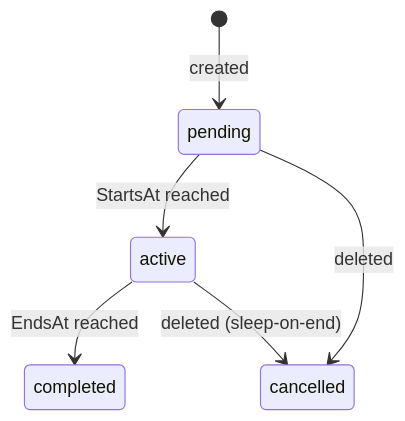
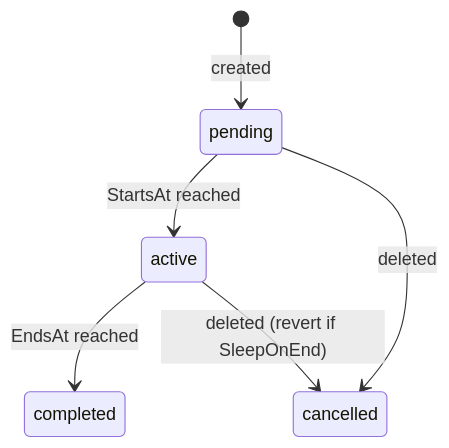
The third of 3 diagrams in docs/backend-dev-guide.md (MacXsimilian/kube-phoenix), drawn with Mermaid before and after one commit. The commit also changed other lines of this file and 3 other files, not shown here.

````diff
--- a/docs/backend-dev-guide.md
+++ b/docs/backend-dev-guide.md
@@ -667,8 +668,8 @@
 ```mermaid
 stateDiagram-v2
     [*] --> pending: created
     pending --> active: StartsAt reached
     active --> completed: EndsAt reached
     pending --> cancelled: deleted
-    active --> cancelled: deleted (sleep-on-end)
+    active --> cancelled: deleted (revert if SleepOnEnd)
 ```
````
